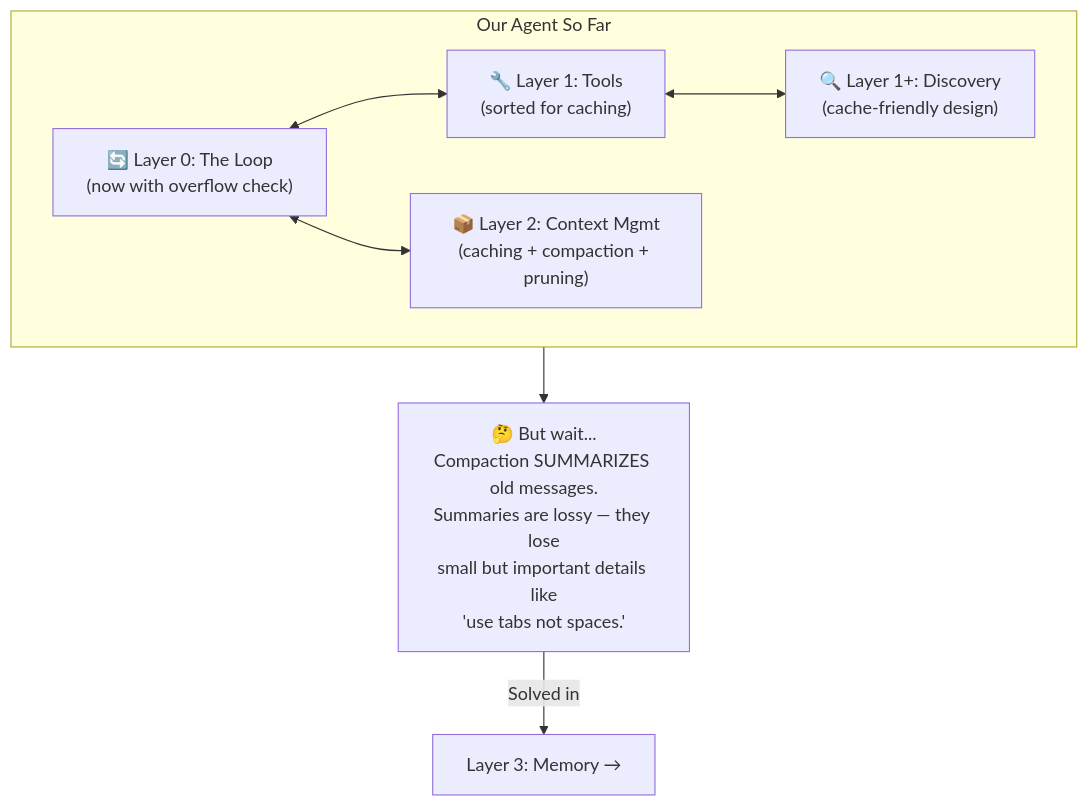
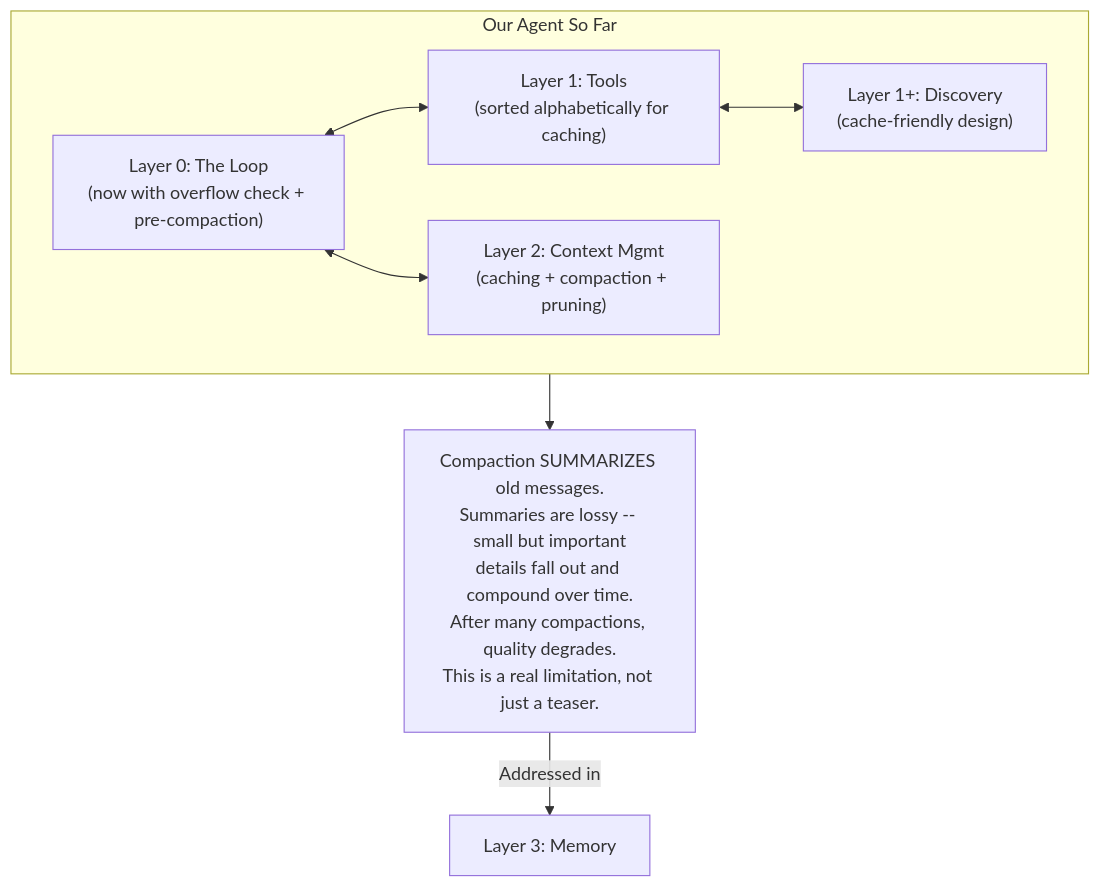
One commit to 2kages/agent-learning changed diagram 17 of 17 in context-management.md. Above: the diagram before and after it, drawn with Mermaid. The commit also changed other lines of this file and 2 other files, not shown here.

````diff
--- a/context-management.md
+++ b/context-management.md
@@ -514,18 +715,18 @@
 ```mermaid
 flowchart TD
     subgraph AGENT ["Our Agent So Far"]
-        LOOP["🔄 Layer 0: The Loop<br/>(now with overflow check)"]
-        TOOLS["🔧 Layer 1: Tools<br/>(sorted for caching)"]
-        DISC["🔍 Layer 1+: Discovery<br/>(cache-friendly design)"]
-        CTX["📦 Layer 2: Context Mgmt<br/>(caching + compaction + pruning)"]
+        LOOP["Layer 0: The Loop<br/>(now with overflow check + pre-compaction)"]
+        TOOLS["Layer 1: Tools<br/>(sorted alphabetically for caching)"]
+        DISC["Layer 1+: Discovery<br/>(cache-friendly design)"]
+        CTX["Layer 2: Context Mgmt<br/>(caching + compaction + pruning)"]
 
         LOOP <--> TOOLS
         TOOLS <--> DISC
         LOOP <--> CTX
     end
 
-    PROBLEM["🤔 But wait...<br/>Compaction SUMMARIZES old messages.<br/>Summaries are lossy — they lose<br/>small but important details like<br/>'use tabs not spaces.'"]
+    PROBLEM["Compaction SUMMARIZES old messages.<br/>Summaries are lossy -- small but important<br/>details fall out and compound over time.<br/>After many compactions, quality degrades.<br/>This is a real limitation, not just a teaser."]
 
     AGENT --> PROBLEM
-    PROBLEM -->|"Solved in"| NEXT["Layer 3: Memory →"]
+    PROBLEM -->|"Addressed in"| NEXT["Layer 3: Memory"]
 ```
````
